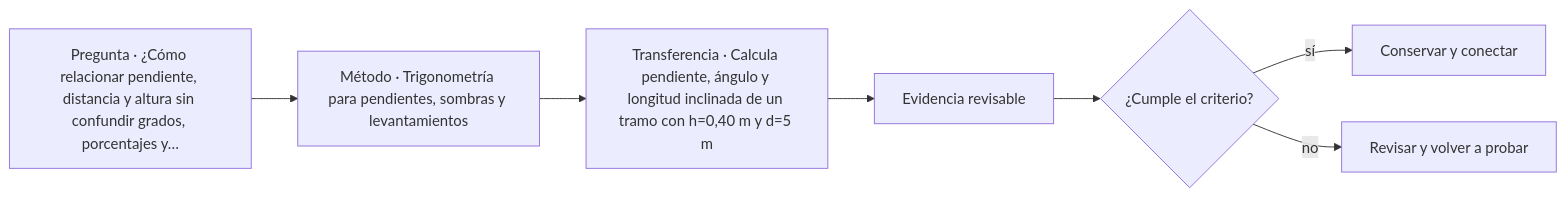
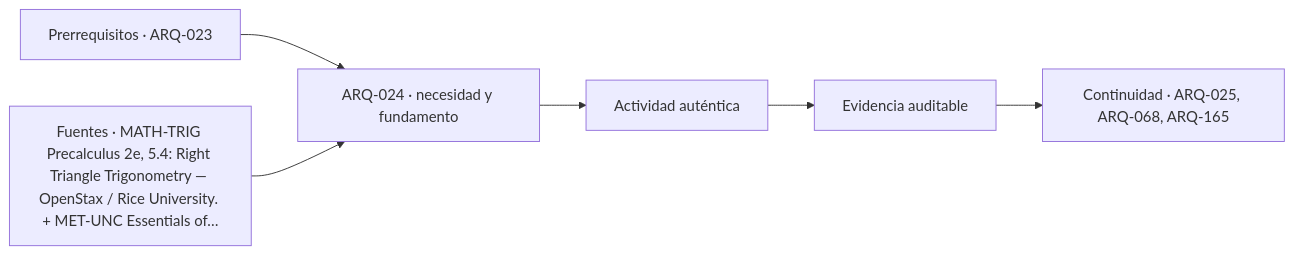
One commit to vladimiracunadev-create/architecture-built-environment-learning-program changed the diagram in classes/parte-03/ARQ-024.md. Above: the diagram before and after it, drawn with Mermaid. The commit also changed other lines of this file and 761 other files, not shown here.

````diff
--- a/classes/parte-03/ARQ-024.md
+++ b/classes/parte-03/ARQ-024.md
@@ -93,9 +105,8 @@
 ```mermaid
 flowchart LR
-    Q["Pregunta · ¿Cómo relacionar pendiente, distancia y altura sin confundir grados, porcentajes y…"] --> M["Método · Trigonometría para pendientes, sombras y levantamientos"]
-    M --> P["Transferencia · Calcula pendiente, ángulo y longitud inclinada de un tramo con h=0,40 m y d=5 m"]
-    P --> E["Evidencia revisable"]
-    E --> C{"¿Cumple el criterio?"}
-    C -->|sí| T["Conservar y conectar"]
-    C -->|no| R["Revisar y volver a probar"]
+    A["Prerrequisitos · ARQ-023"] --> B["ARQ-024 · necesidad y fundamento"]
+    S["Fuentes · MATH-TRIG Precalculus 2e, 5.4: Right Triangle Trigonometry — OpenStax / Rice University. + MET-UNC Essentials of…"] --> B
+    B --> C["Actividad auténtica"]
+    C --> D["Evidencia auditable"]
+    D --> E["Continuidad · ARQ-025, ARQ-068, ARQ-165"]
 ```
````
